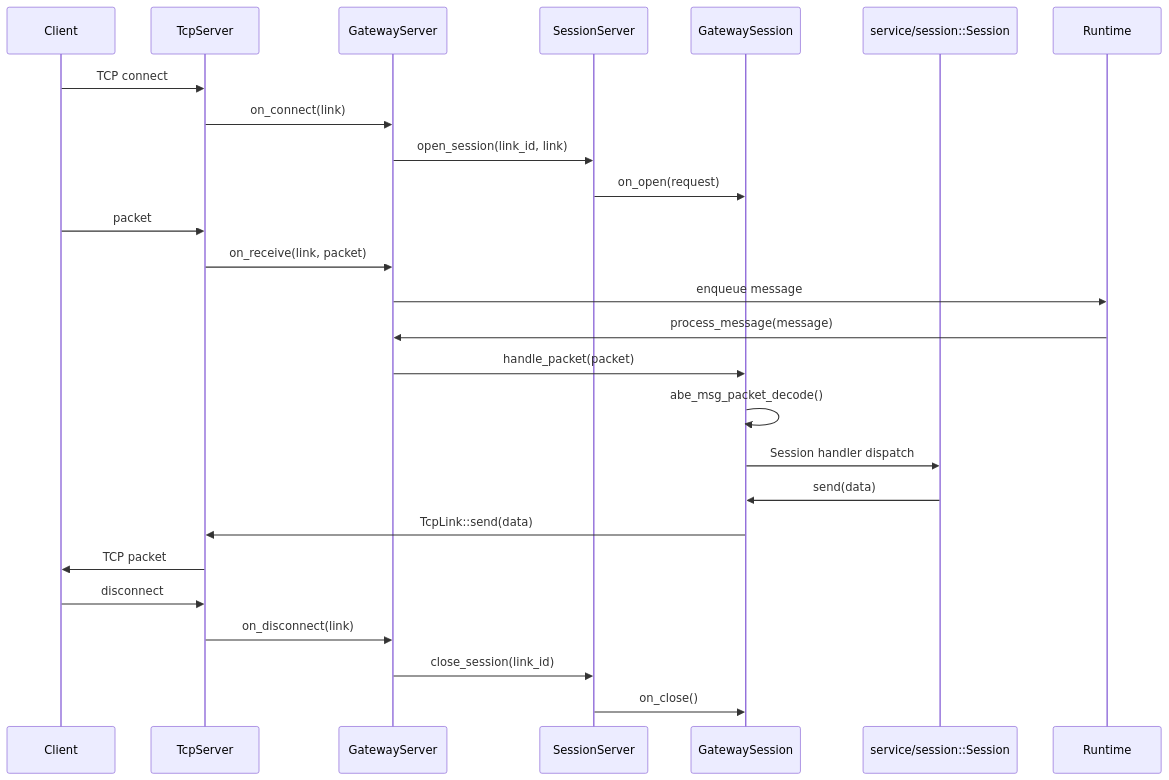
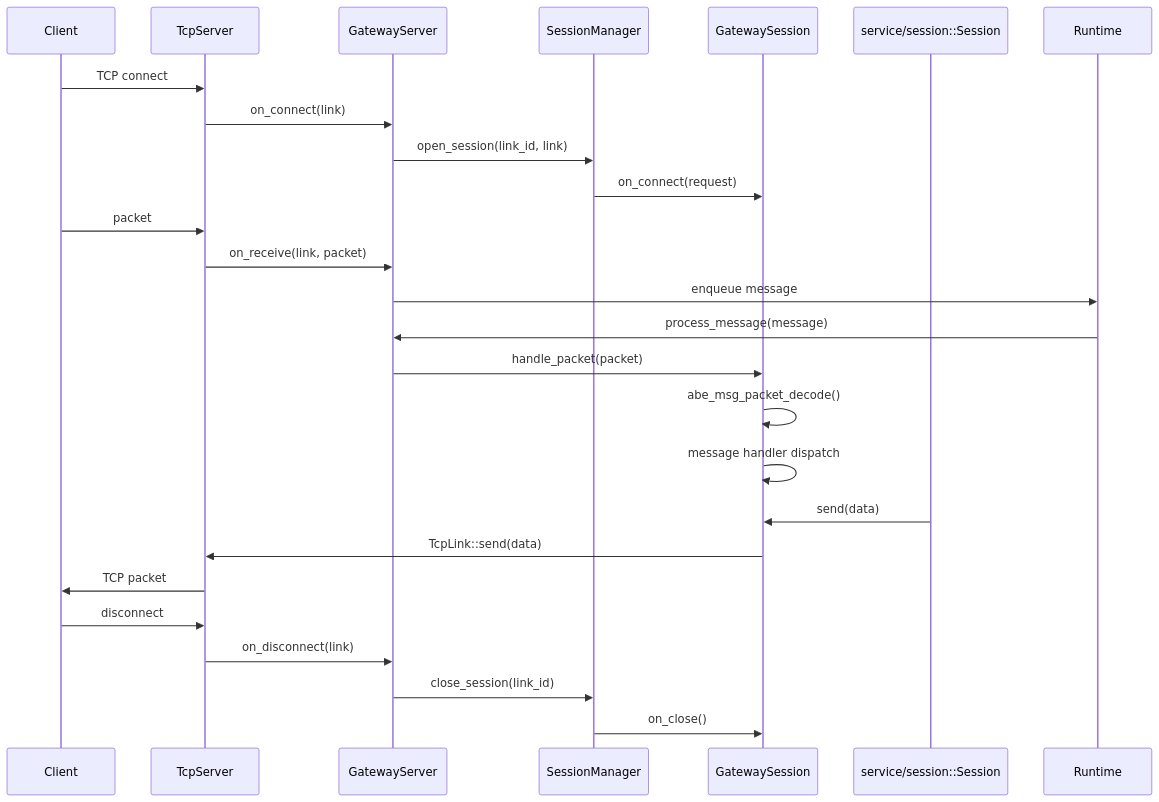
The second of 2 diagrams in doc/remain.md (drog791109/abe_egine), drawn with Mermaid before and after one commit. The commit also changed other lines of this file and 24 other files, not shown here.

````diff
--- a/doc/remain.md
+++ b/doc/remain.md
@@ -22,31 +22,31 @@
 ```mermaid
 sequenceDiagram
     participant Client
     participant TcpServer
     participant GatewayServer
-    participant SessionServer
+    participant SessionManager
     participant GatewaySession
     participant ServiceSession as service/session::Session
 
     Client->>TcpServer: TCP connect
     TcpServer->>GatewayServer: on_connect(link)
-    GatewayServer->>SessionServer: open_session(link_id, link)
-    SessionServer->>GatewaySession: on_open(request)
+    GatewayServer->>SessionManager: open_session(link_id, link)
+    SessionManager->>GatewaySession: on_connect(request)
 
     Client->>TcpServer: packet
     TcpServer->>GatewayServer: on_receive(link, packet)
     GatewayServer->>Runtime: enqueue message
     Runtime->>GatewayServer: process_message(message)
     GatewayServer->>GatewaySession: handle_packet(packet)
     GatewaySession->>GatewaySession: abe_msg_packet_decode()
-    GatewaySession->>ServiceSession: Session handler dispatch
+    GatewaySession->>GatewaySession: message handler dispatch
 
     ServiceSession->>GatewaySession: send(data)
     GatewaySession->>TcpServer: TcpLink::send(data)
     TcpServer->>Client: TCP packet
 
     Client->>TcpServer: disconnect
     TcpServer->>GatewayServer: on_disconnect(link)
-    GatewayServer->>SessionServer: close_session(link_id)
-    SessionServer->>GatewaySession: on_close()
+    GatewayServer->>SessionManager: close_session(link_id)
+    SessionManager->>GatewaySession: on_close()
 ```
````
